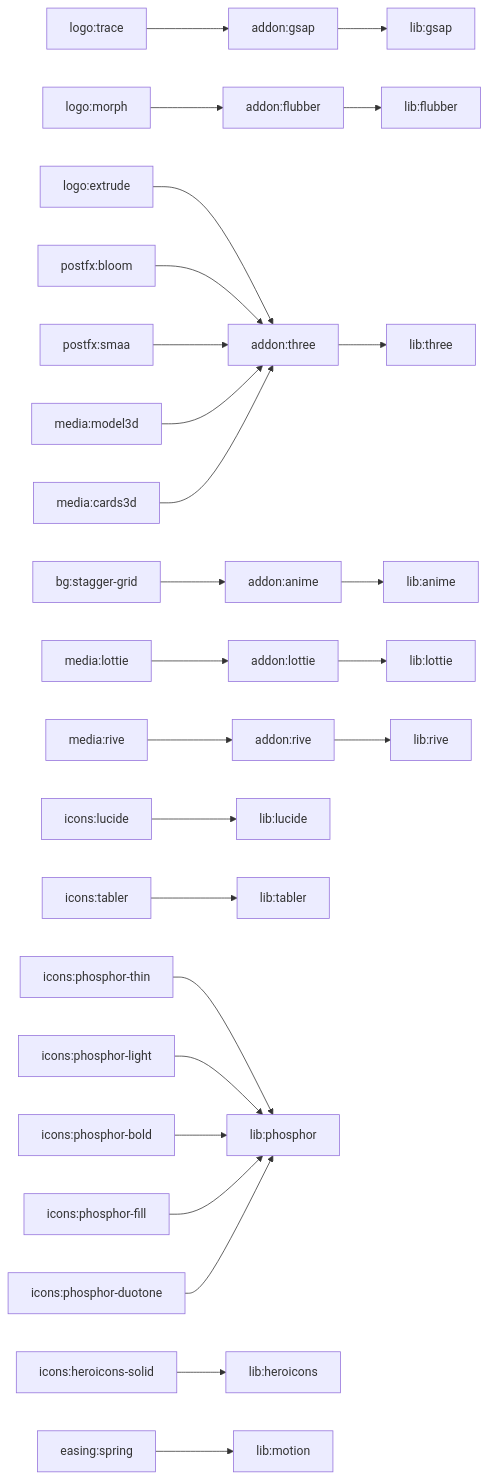
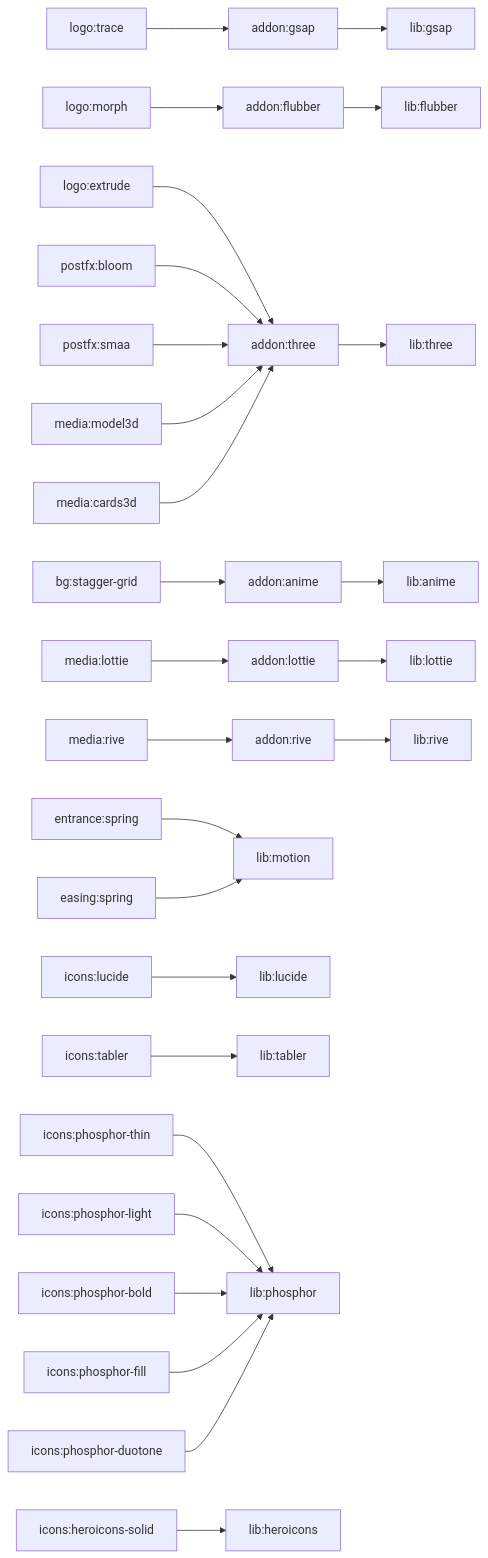
The diagram in apps/api/docs/VIDEO_CAPABILITIES.md (Idem-AI/idem), drawn with Mermaid before and after one commit. The commit also changed other lines of this file and 25 other files, not shown here.

````diff
--- a/apps/api/docs/VIDEO_CAPABILITIES.md
+++ b/apps/api/docs/VIDEO_CAPABILITIES.md
@@ -16,64 +16,66 @@
 ```mermaid
 graph LR
   addon_three["addon:three"]
   lib_three["lib:three"]
   addon_three --> lib_three
   addon_gsap["addon:gsap"]
   lib_gsap["lib:gsap"]
   addon_gsap --> lib_gsap
   addon_anime["addon:anime"]
   lib_anime["lib:anime"]
   addon_anime --> lib_anime
   addon_flubber["addon:flubber"]
   lib_flubber["lib:flubber"]
   addon_flubber --> lib_flubber
   addon_lottie["addon:lottie"]
   lib_lottie["lib:lottie"]
   addon_lottie --> lib_lottie
   addon_rive["addon:rive"]
   lib_rive["lib:rive"]
   addon_rive --> lib_rive
+  entrance_spring["entrance:spring"]
+  lib_motion["lib:motion"]
+  entrance_spring --> lib_motion
   logo_trace["logo:trace"]
   logo_trace --> addon_gsap
   logo_morph["logo:morph"]
   logo_morph --> addon_flubber
   logo_extrude["logo:extrude"]
   logo_extrude --> addon_three
   bg_stagger_grid["bg:stagger-grid"]
   bg_stagger_grid --> addon_anime
   icons_lucide["icons:lucide"]
   lib_lucide["lib:lucide"]
   icons_lucide --> lib_lucide
   icons_tabler["icons:tabler"]
   lib_tabler["lib:tabler"]
   icons_tabler --> lib_tabler
   icons_phosphor_thin["icons:phosphor-thin"]
   lib_phosphor["lib:phosphor"]
   icons_phosphor_thin --> lib_phosphor
   icons_phosphor_light["icons:phosphor-light"]
   icons_phosphor_light --> lib_phosphor
   icons_phosphor_bold["icons:phosphor-bold"]
   icons_phosphor_bold --> lib_phosphor
   icons_phosphor_fill["icons:phosphor-fill"]
   icons_phosphor_fill --> lib_phosphor
   icons_phosphor_duotone["icons:phosphor-duotone"]
   icons_phosphor_duotone --> lib_phosphor
   icons_heroicons_solid["icons:heroicons-solid"]
   lib_heroicons["lib:heroicons"]
   icons_heroicons_solid --> lib_heroicons
   easing_spring["easing:spring"]
-  lib_motion["lib:motion"]
   easing_spring --> lib_motion
   postfx_bloom["postfx:bloom"]
   postfx_bloom --> addon_three
   postfx_smaa["postfx:smaa"]
   postfx_smaa --> addon_three
   media_lottie["media:lottie"]
   media_lottie --> addon_lottie
   media_rive["media:rive"]
   media_rive --> addon_rive
   media_model3d["media:model3d"]
   media_model3d --> addon_three
   media_cards3d["media:cards3d"]
   media_cards3d --> addon_three
 ```
````
